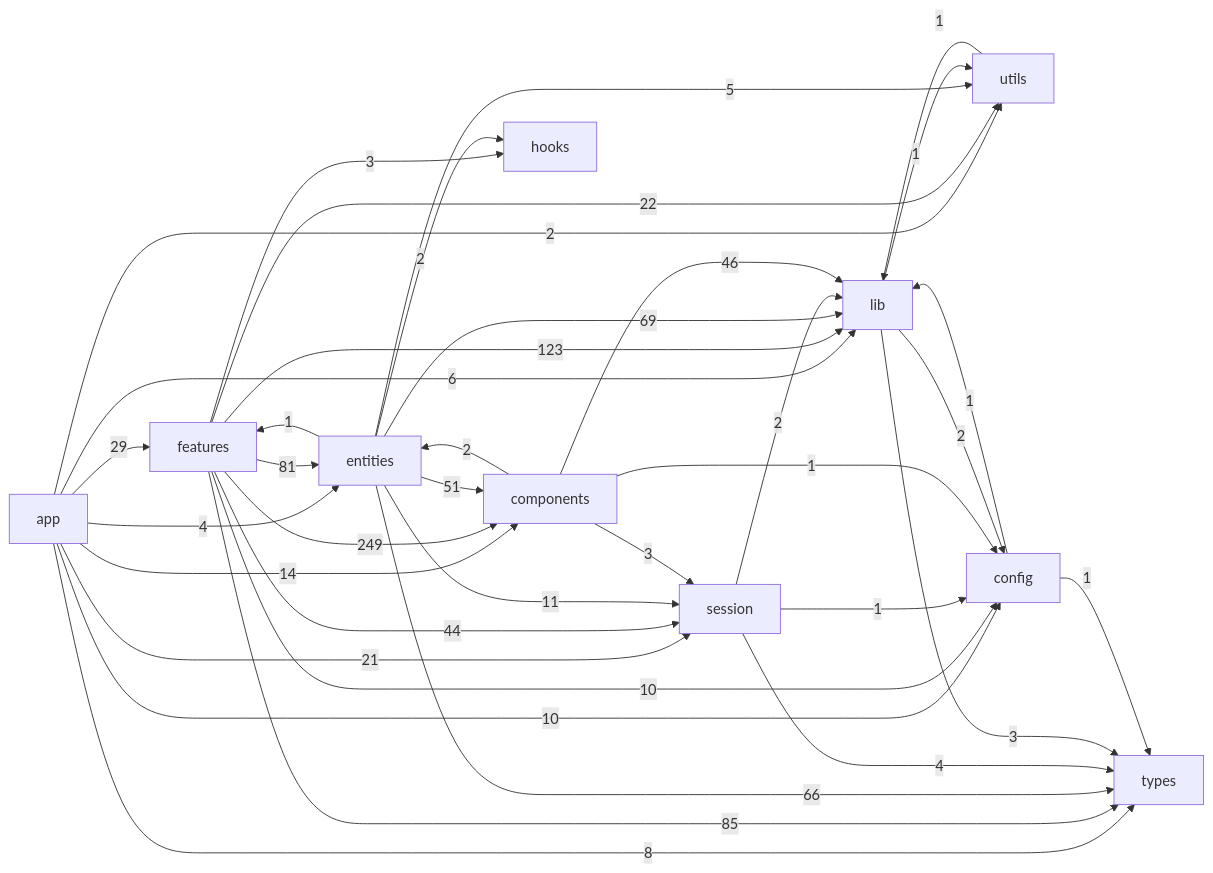
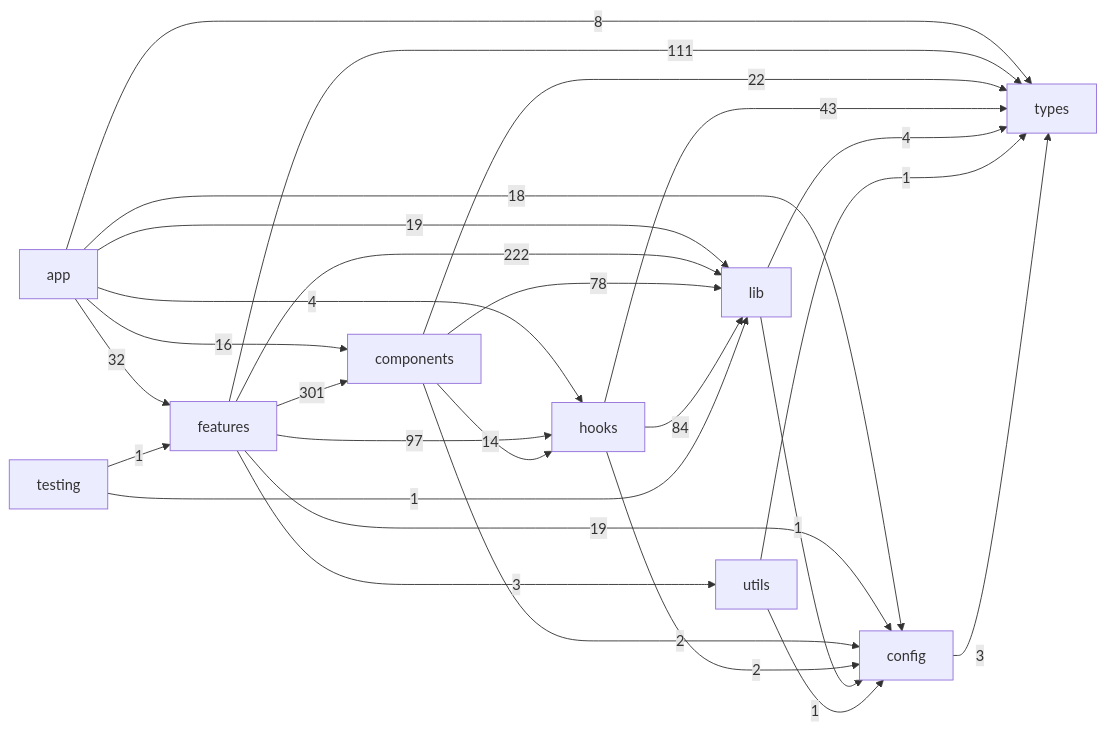
Before and after one commit to JohnnyZhao2/LMS: the diagram in lms_frontend/docs/generated/feature-dependency-graph.md, drawn with Mermaid. The commit also changed other lines of this file and 403 other files, not shown here.

````diff
--- a/lms_frontend/docs/generated/feature-dependency-graph.md
+++ b/lms_frontend/docs/generated/feature-dependency-graph.md
@@ -7,49 +7,38 @@
 ```mermaid
 flowchart LR
   app["app"]
   features["features"]
-  entities["entities"]
-  session["session"]
   components["components"]
   hooks["hooks"]
   lib["lib"]
   utils["utils"]
   config["config"]
+  testing["testing"]
   types["types"]
-  app -->|29| features
-  app -->|4| entities
-  app -->|21| session
-  app -->|14| components
-  app -->|6| lib
-  app -->|2| utils
-  app -->|10| config
+  app -->|32| features
+  app -->|16| components
+  app -->|4| hooks
+  app -->|19| lib
+  app -->|18| config
   app -->|8| types
-  features -->|81| entities
-  features -->|44| session
-  features -->|249| components
-  features -->|3| hooks
-  features -->|123| lib
-  features -->|22| utils
-  features -->|10| config
-  features -->|85| types
-  entities -->|1| features
-  entities -->|11| session
-  entities -->|51| components
-  entities -->|2| hooks
-  entities -->|69| lib
-  entities -->|5| utils
-  entities -->|66| types
-  session -->|2| lib
-  session -->|1| config
-  session -->|4| types
-  components -->|2| entities
-  components -->|3| session
-  components -->|46| lib
-  components -->|1| config
-  lib -->|1| utils
-  lib -->|2| config
-  lib -->|3| types
-  utils -->|1| lib
-  config -->|1| lib
-  config -->|1| types
+  features -->|301| components
+  features -->|97| hooks
+  features -->|222| lib
+  features -->|3| utils
+  features -->|19| config
+  features -->|111| types
+  components -->|14| hooks
+  components -->|78| lib
+  components -->|2| config
+  components -->|22| types
+  hooks -->|84| lib
+  hooks -->|2| config
+  hooks -->|43| types
+  lib -->|1| config
+  lib -->|4| types
+  utils -->|1| config
+  utils -->|1| types
+  config -->|3| types
+  testing -->|1| features
+  testing -->|1| lib
 ```
````
